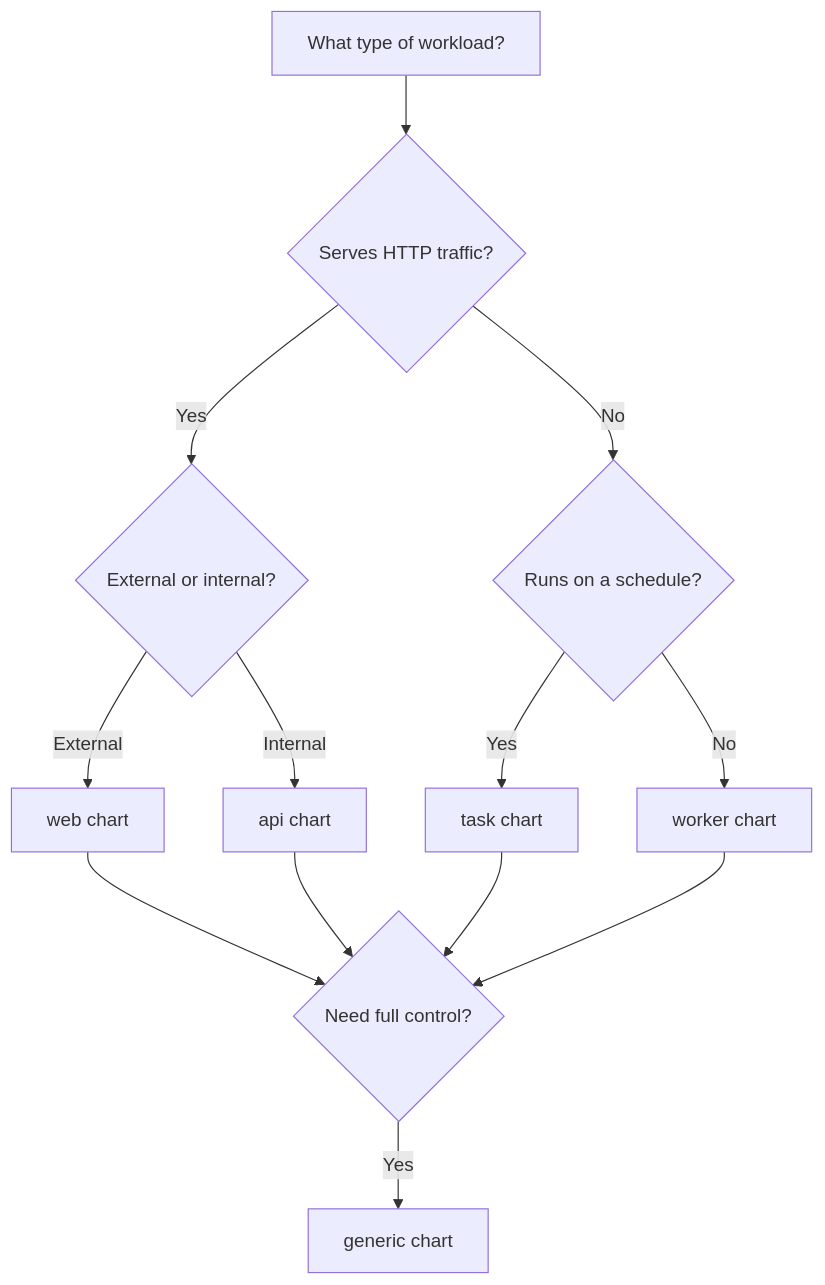
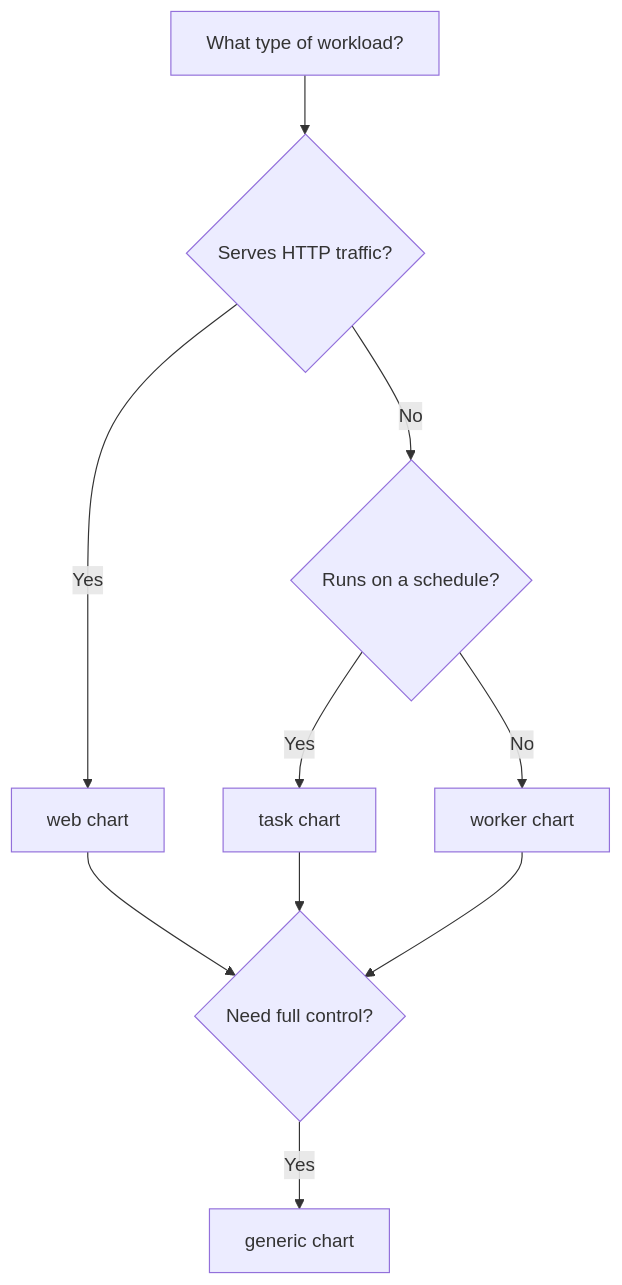
The diagram in docs/getting-started/index.md (DND-IT/helm-charts), drawn with Mermaid before and after one commit. The commit also changed other lines of this file and 33 other files, not shown here.

First line of the commit message:
refactor(common): deduplicate workload and gateway templates, remove api chart

````diff
--- a/docs/getting-started/index.md
+++ b/docs/getting-started/index.md
@@ -19,15 +19,12 @@
 ```mermaid
 flowchart TD
     A[What type of workload?] --> B{Serves HTTP traffic?}
-    B -->|Yes| C{External or internal?}
+    B -->|Yes| E[web chart]
     B -->|No| D{Runs on a schedule?}
-    C -->|External| E[web chart]
-    C -->|Internal| F[api chart]
     D -->|Yes| G[task chart]
     D -->|No| H[worker chart]
     E --> I{Need full control?}
-    F --> I
     G --> I
     H --> I
     I -->|Yes| J[generic chart]
 ```
````
